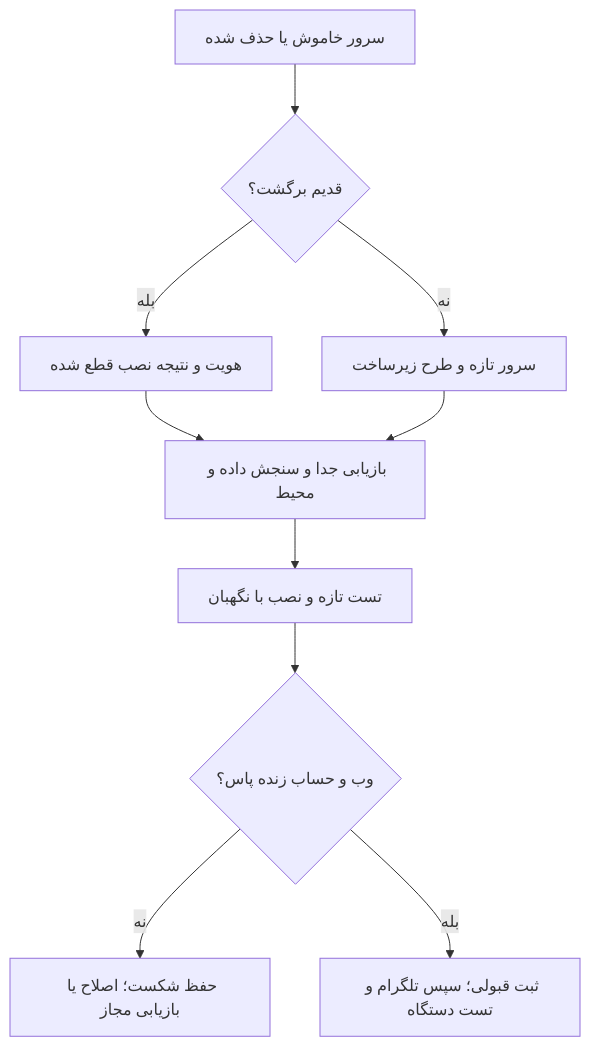
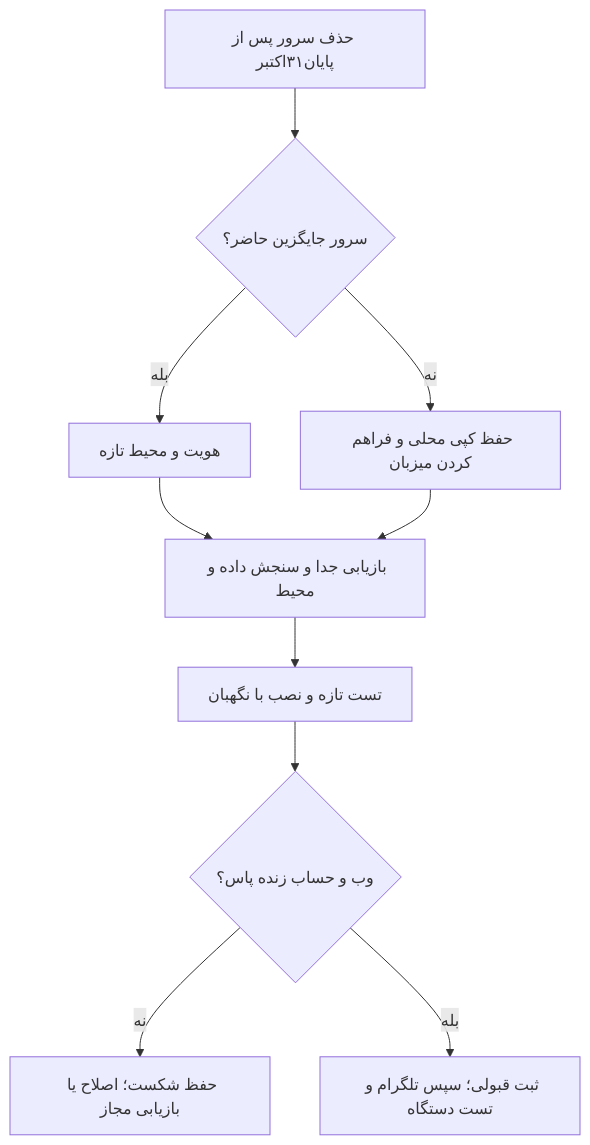
Before and after one commit to Ilia-Shakeri/Nerkhbaan: the diagram in docs/server-recovery-guide-fa.md, drawn with Mermaid. The commit also changed other lines of this file and 14 other files, not shown here.

````diff
--- a/docs/server-recovery-guide-fa.md
+++ b/docs/server-recovery-guide-fa.md
@@ -35,12 +48,12 @@
 ```mermaid
 flowchart TD
-    A[سرور خاموش یا حذف شده] --> B{قدیم برگشت؟}
-    B -->|بله| C[هویت و نتیجه نصب قطع شده]
-    B -->|نه| D[سرور تازه و طرح زیرساخت]
+    A[حذف سرور پس از پایان۳۱اکتبر] --> B{سرور جایگزین حاضر؟}
+    B -->|بله| C[هویت و محیط تازه]
+    B -->|نه| D[حفظ کپی محلی و فراهم کردن میزبان]
     C --> E[بازیابی جدا و سنجش داده و محیط]
     D --> E
     E --> F[تست تازه و نصب با نگهبان]
     F --> G{وب و حساب زنده پاس؟}
     G -->|نه| H[حفظ شکست؛ اصلاح یا بازیابی مجاز]
     G -->|بله| I[ثبت قبولی؛ سپس تلگرام و تست دستگاه]
 ```
````
